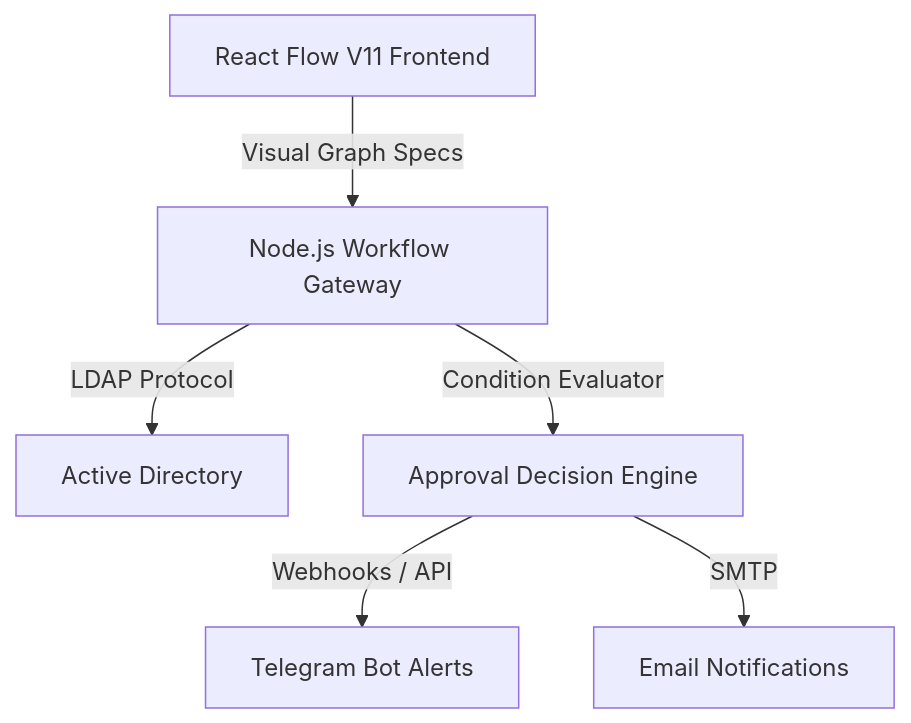
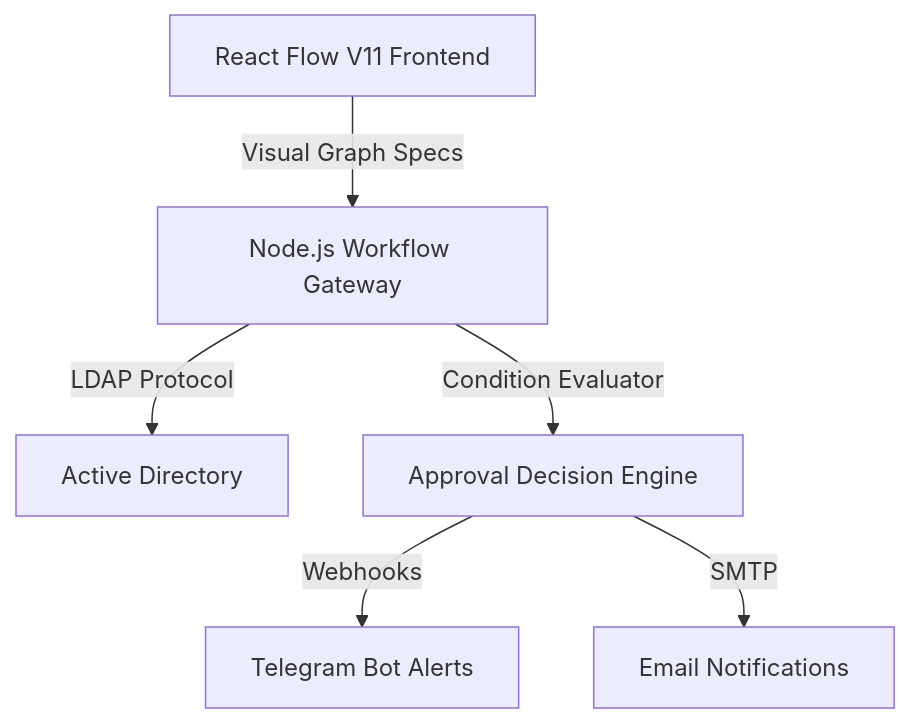
Before and after one commit to Ham144/Ham144: the first of 6 diagrams in README.md, drawn with Mermaid. The commit also changed other lines of this file and 14 other files, not shown here.

````diff
--- a/README.md
+++ b/README.md
@@ -60,8 +67,8 @@
 ```mermaid
 graph TD
     User[React Flow V11 Frontend] -->|Visual Graph Specs| API[Node.js Workflow Gateway]
     API -->|LDAP Protocol| AD[Active Directory]
     API -->|Condition Evaluator| Engine[Approval Decision Engine]
-    Engine -->|Webhooks / API| Telegram[Telegram Bot Alerts]
+    Engine -->|Webhooks| Telegram[Telegram Bot Alerts]
     Engine -->|SMTP| Mail[Email Notifications]
 ```
````
